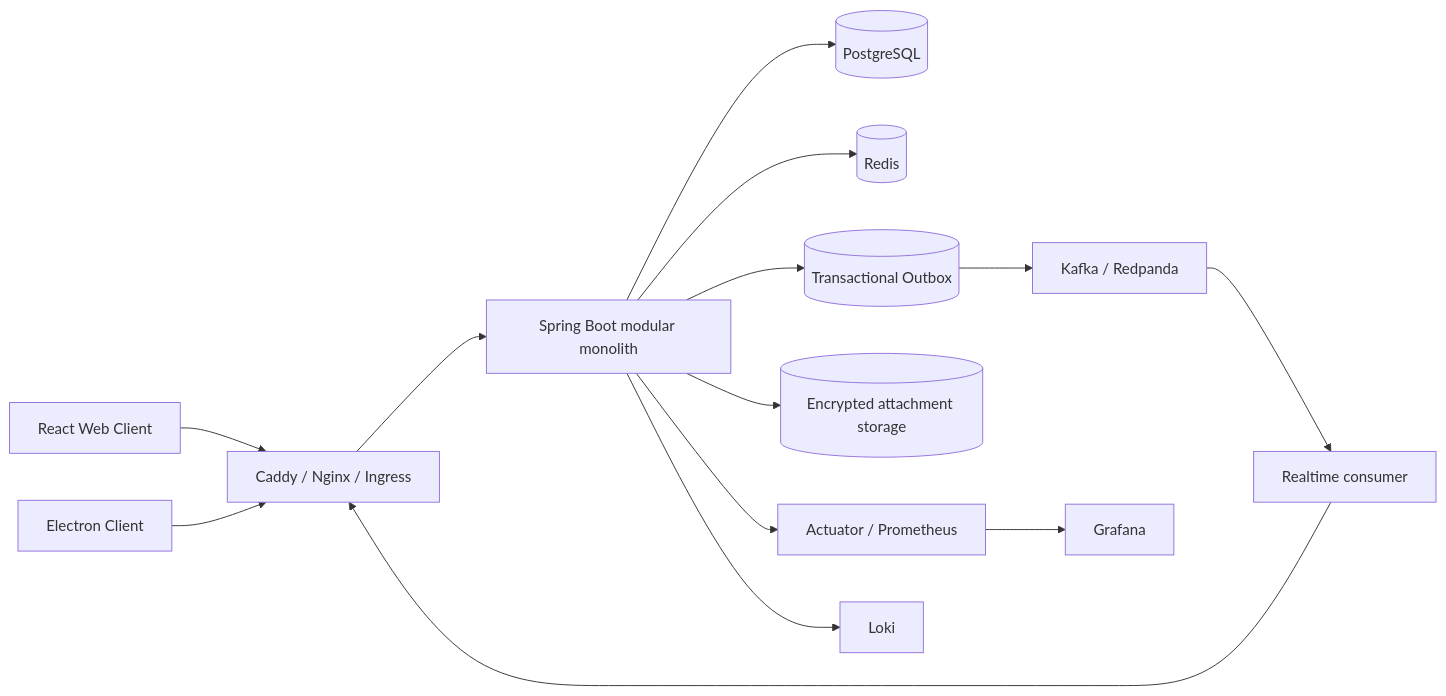
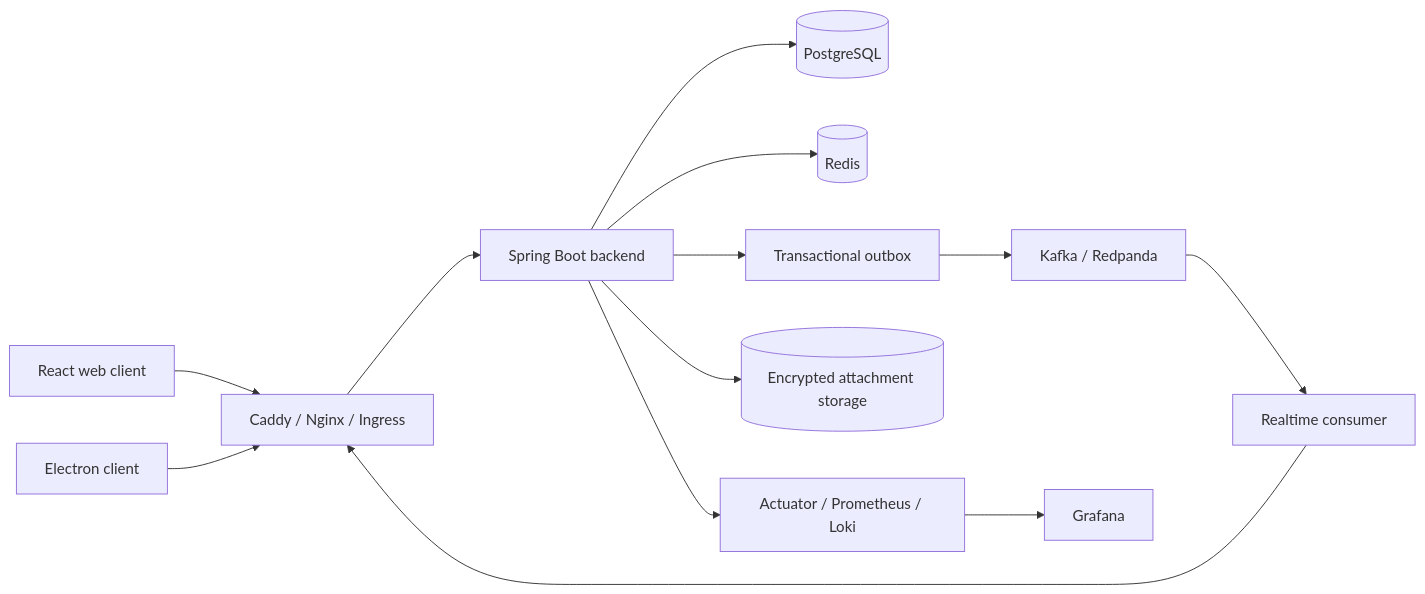
One commit to vaazhen/chaos-e2ee-messenger changed the diagram in README.md. Above: the diagram before and after it, drawn with Mermaid. The commit also changed other lines of this file and 11 other files, not shown here.

````diff
--- a/README.md
+++ b/README.md
@@ -94,16 +73,15 @@
 ```mermaid
 flowchart LR
-    WEB[React Web Client] --> EDGE[Caddy / Nginx / Ingress]
-    DESKTOP[Electron Client] --> EDGE
-    EDGE --> API[Spring Boot modular monolith]
+    WEB[React web client] --> EDGE[Caddy / Nginx / Ingress]
+    DESKTOP[Electron client] --> EDGE
+    EDGE --> API[Spring Boot backend]
     API --> PG[(PostgreSQL)]
     API --> REDIS[(Redis)]
-    API --> OUTBOX[(Transactional Outbox)]
+    API --> OUTBOX[Transactional outbox]
     OUTBOX --> KAFKA[Kafka / Redpanda]
     KAFKA --> REALTIME[Realtime consumer]
     REALTIME --> EDGE
-    API --> FILES[(Encrypted attachment storage)]
-    API --> METRICS[Actuator / Prometheus]
-    METRICS --> GRAFANA[Grafana]
-    API --> LOKI[Loki]
+    API --> ATTACHMENTS[(Encrypted attachment storage)]
+    API --> OBS[Actuator / Prometheus / Loki]
+    OBS --> GRAFANA[Grafana]
 ```
````
